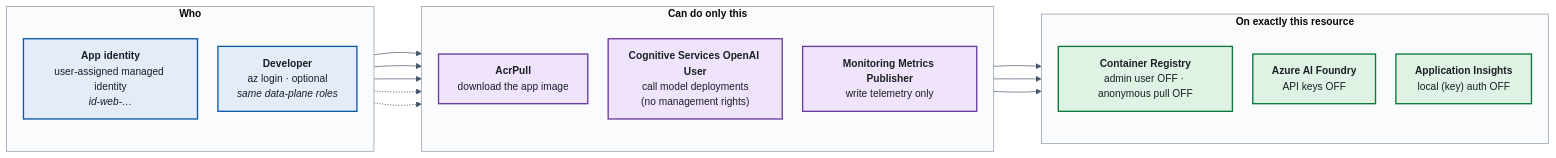
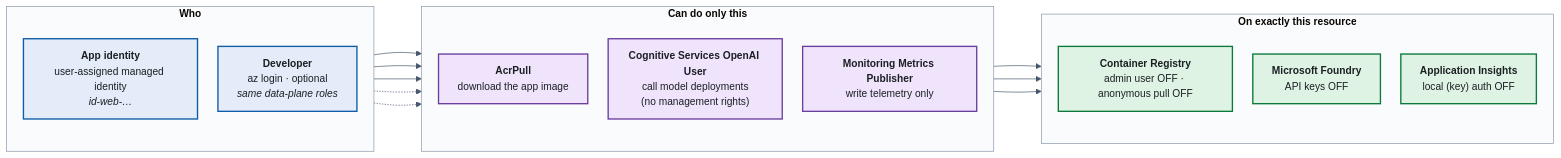
The diagram in docs/architecture/diagrams/identity.mmd (michaelsrichter/bank-manager-standalone), drawn with Mermaid before and after one commit. The commit also changed 27 other files, not shown here.

First line of the commit message:
Add evaluators and AGT/ACS/ASSERT slides, product links page, and Microsoft Foundry naming

```diff
--- a/docs/architecture/diagrams/identity.mmd
+++ b/docs/architecture/diagrams/identity.mmd
@@ -1,34 +1,34 @@
 %%{init: {"theme": "base", "flowchart": {"nodeSpacing": 30, "rankSpacing": 70, "padding": 14, "htmlLabels": true}, "themeVariables": {"fontFamily": "Arial, Helvetica, sans-serif", "fontSize": "15px", "lineColor": "#44546a", "clusterBkg": "#fafbfc", "clusterBorder": "#8a96a8"}}}%%
 flowchart LR
   subgraph who["<b>Who</b>"]
     direction TB
     mi["<b>App identity</b><br/>user-assigned managed identity<br/><i>id-web-…</i>"]
     dev["<b>Developer</b><br/>az login · optional<br/><i>same data-plane roles</i>"]
   end
 
   subgraph what["<b>Can do only this</b>"]
     direction TB
     r1["<b>AcrPull</b><br/>download the app image"]
     r2["<b>Cognitive Services OpenAI User</b><br/>call model deployments<br/>(no management rights)"]
     r3["<b>Monitoring Metrics Publisher</b><br/>write telemetry only"]
   end
 
   subgraph where["<b>On exactly this resource</b>"]
     direction TB
     acr["<b>Container Registry</b><br/>admin user OFF · anonymous pull OFF"]
-    foundry["<b>Azure AI Foundry</b><br/>API keys OFF"]
+    foundry["<b>Microsoft Foundry</b><br/>API keys OFF"]
     appi["<b>Application Insights</b><br/>local (key) auth OFF"]
   end
 
   mi --> r1 --> acr
   mi --> r2 --> foundry
   mi --> r3 --> appi
   dev -.-> r2
   dev -.-> r3
 
   classDef id fill:#e3ecf8,stroke:#0f5ca8,stroke-width:2px,color:#1b1f24
   classDef role fill:#efe4fb,stroke:#6b3fa0,stroke-width:2px,color:#1b1f24
   classDef res fill:#dff3e4,stroke:#0b7a3b,stroke-width:2px,color:#1b1f24
   class mi,dev id
   class r1,r2,r3 role
   class acr,foundry,appi res
```
